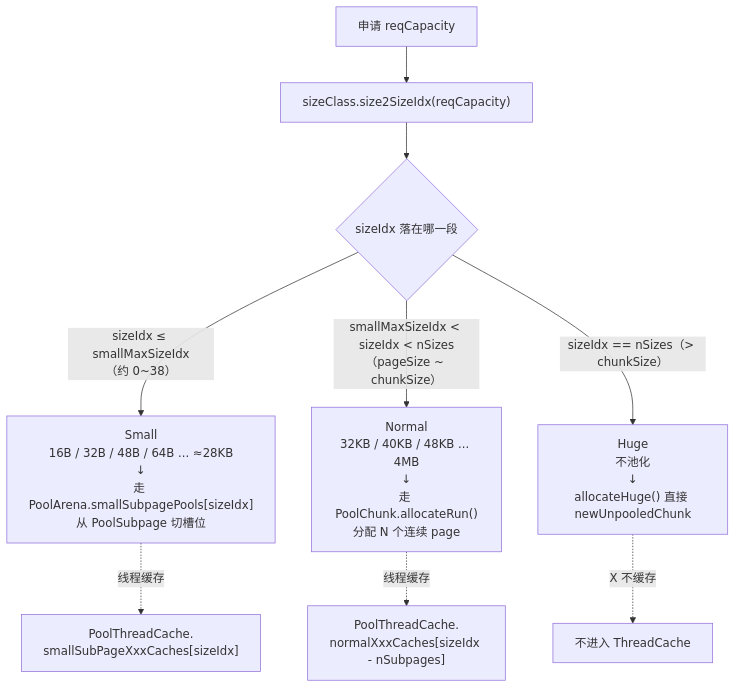
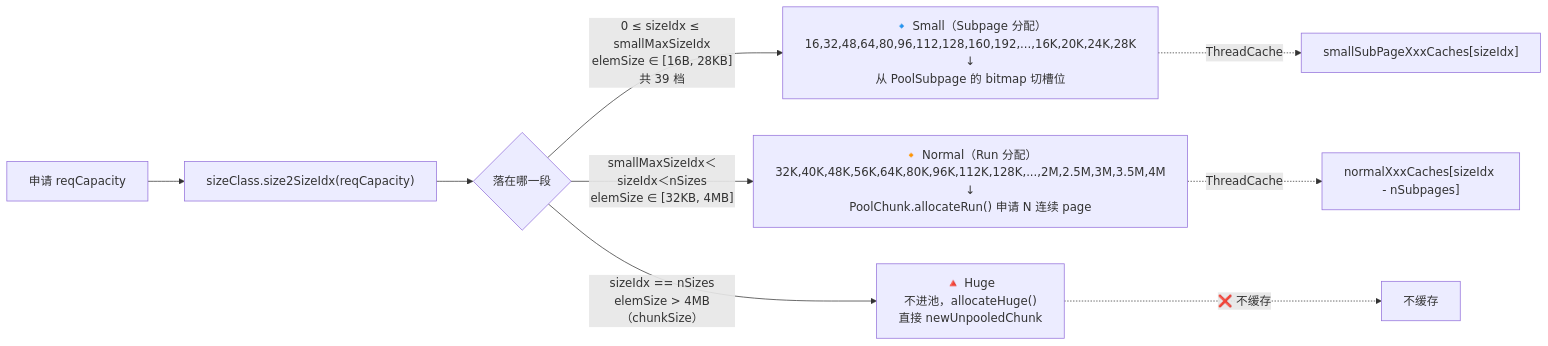
One commit to al2wyw/sourceCode_utilityDemo_designPattern changed the sixth of 6 diagrams in demo/src/main/java/netty/netty_buffer_pool.md. Above: the diagram before and after it, drawn with Mermaid. The commit also changed other lines of this file, not shown here.

Commit message:
buffer pool SizeClass

````diff
--- a/demo/src/main/java/netty/netty_buffer_pool.md
+++ b/demo/src/main/java/netty/netty_buffer_pool.md
@@ -386,15 +422,15 @@
 ```mermaid
-flowchart
+flowchart LR
     REQ["申请 reqCapacity"] --> N["sizeClass.size2SizeIdx(reqCapacity)"]
-    N --> JUDGE{sizeIdx 落在哪一段}
+    N --> JUDGE{落在哪一段}
 
-    JUDGE -- "sizeIdx ≤ smallMaxSizeIdx<br/>（约 0~38）" --> SMALL["Small<br/>16B / 32B / 48B / 64B ... ≈28KB<br/>↓<br/>走 PoolArena.smallSubpagePools[sizeIdx]<br/>从 PoolSubpage 切槽位"]
+    JUDGE -- "0 ≤ sizeIdx ≤ smallMaxSizeIdx<br/>elemSize ∈ [16B, 28KB]<br/>共 39 档" --> SMALL["🔹 Small（Subpage 分配）<br/>16,32,48,64,80,96,112,128,160,192,...,16K,20K,24K,28K<br/>↓<br/>从 PoolSubpage 的 bitmap 切槽位"]
 
-    JUDGE -- "smallMaxSizeIdx < sizeIdx < nSizes<br/>（pageSize ~ chunkSize）" --> NORMAL["Normal<br/>32KB / 40KB / 48KB ... 4MB<br/>↓<br/>走 PoolChunk.allocateRun()<br/>分配 N 个连续 page"]
+    JUDGE -- "smallMaxSizeIdx＜sizeIdx＜nSizes<br/>elemSize ∈ [32KB, 4MB]" --> NORMAL["🔸 Normal（Run 分配）<br/>32K,40K,48K,56K,64K,80K,96K,112K,128K,...,2M,2.5M,3M,3.5M,4M<br/>↓<br/>PoolChunk.allocateRun() 申请 N 连续 page"]
 
-    JUDGE -- "sizeIdx == nSizes（> chunkSize）" --> HUGE["Huge<br/>不池化<br/>↓<br/>allocateHuge() 直接 newUnpooledChunk"]
+    JUDGE -- "sizeIdx == nSizes<br/>elemSize > 4MB（chunkSize）" --> HUGE["🔺 Huge<br/>不进池，allocateHuge()<br/>直接 newUnpooledChunk"]
 
-    SMALL -.线程缓存.-> TC1["PoolThreadCache.<br/>smallSubPageXxxCaches[sizeIdx]"]
-    NORMAL -.线程缓存.-> TC2["PoolThreadCache.<br/>normalXxxCaches[sizeIdx - nSubpages]"]
-    HUGE -.X 不缓存.-> NOC["不进入 ThreadCache"]
+    SMALL -. ThreadCache .-> TC1["smallSubPageXxxCaches[sizeIdx]"]
+    NORMAL -. ThreadCache .-> TC2["normalXxxCaches[sizeIdx - nSubpages]"]
+    HUGE -. ❌ 不缓存 .-> NOC["不缓存"]
 ```
````
